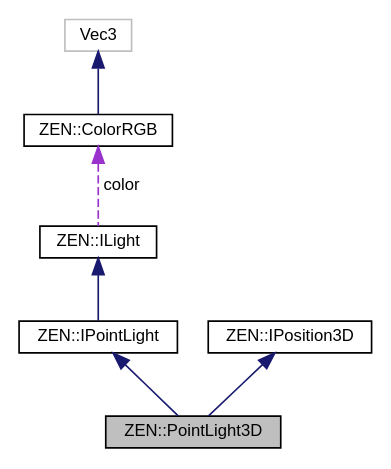
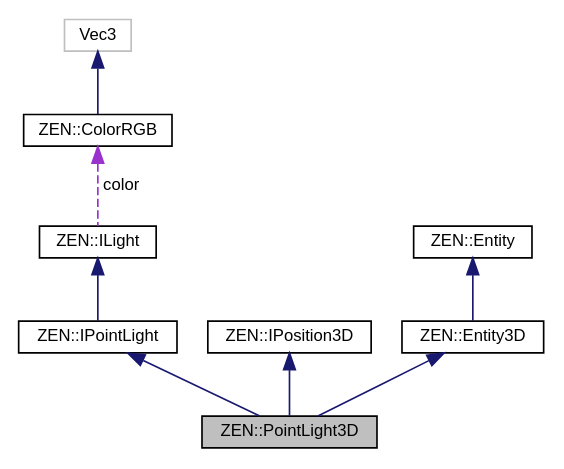
One commit to markhj/zeronetics changed the diagram in classZEN_1_1PointLight3D__coll__graph.dot. Above: the diagram before and after it, drawn with Graphviz. The commit also changed 163 other files, not shown here.

```diff
--- a/classZEN_1_1PointLight3D__coll__graph.dot
+++ b/classZEN_1_1PointLight3D__coll__graph.dot
@@ -1,17 +1,21 @@
 digraph "ZEN::PointLight3D"
 {
  // LATEX_PDF_SIZE
   edge [fontname="Helvetica",fontsize="10",labelfontname="Helvetica",labelfontsize="10"];
   node [fontname="Helvetica",fontsize="10",shape=record];
   Node1 [label="ZEN::PointLight3D",height=0.2,width=0.4,color="black", fillcolor="grey75", style="filled", fontcolor="black",tooltip=" "];
   Node2 -> Node1 [dir="back",color="midnightblue",fontsize="10",style="solid",fontname="Helvetica"];
   Node2 [label="ZEN::IPointLight",height=0.2,width=0.4,color="black", fillcolor="white", style="filled",URL="$classZEN_1_1IPointLight.html",tooltip=" "];
   Node3 -> Node2 [dir="back",color="midnightblue",fontsize="10",style="solid",fontname="Helvetica"];
   Node3 [label="ZEN::ILight",height=0.2,width=0.4,color="black", fillcolor="white", style="filled",URL="$classZEN_1_1ILight.html",tooltip=" "];
   Node4 -> Node3 [dir="back",color="darkorchid3",fontsize="10",style="dashed",label=" color" ,fontname="Helvetica"];
   Node4 [label="ZEN::ColorRGB",height=0.2,width=0.4,color="black", fillcolor="white", style="filled",URL="$classZEN_1_1ColorRGB.html",tooltip=" "];
   Node5 -> Node4 [dir="back",color="midnightblue",fontsize="10",style="solid",fontname="Helvetica"];
   Node5 [label="Vec3",height=0.2,width=0.4,color="grey75", fillcolor="white", style="filled",tooltip=" "];
   Node6 -> Node1 [dir="back",color="midnightblue",fontsize="10",style="solid",fontname="Helvetica"];
   Node6 [label="ZEN::IPosition3D",height=0.2,width=0.4,color="black", fillcolor="white", style="filled",URL="$classZEN_1_1IPosition3D.html",tooltip=" "];
+  Node7 -> Node1 [dir="back",color="midnightblue",fontsize="10",style="solid",fontname="Helvetica"];
+  Node7 [label="ZEN::Entity3D",height=0.2,width=0.4,color="black", fillcolor="white", style="filled",URL="$classZEN_1_1Entity3D.html",tooltip=" "];
+  Node8 -> Node7 [dir="back",color="midnightblue",fontsize="10",style="solid",fontname="Helvetica"];
+  Node8 [label="ZEN::Entity",height=0.2,width=0.4,color="black", fillcolor="white", style="filled",URL="$classZEN_1_1Entity.html",tooltip=" "];
 }
```
